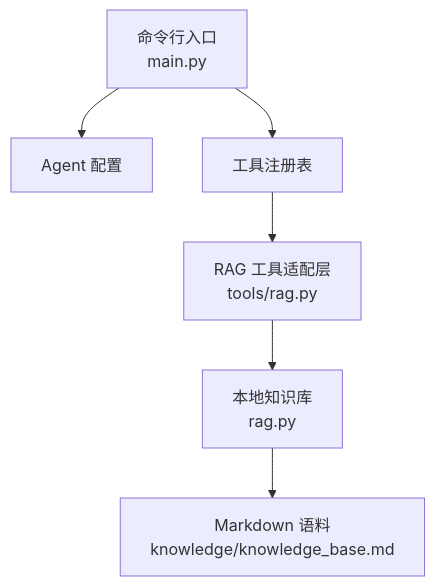
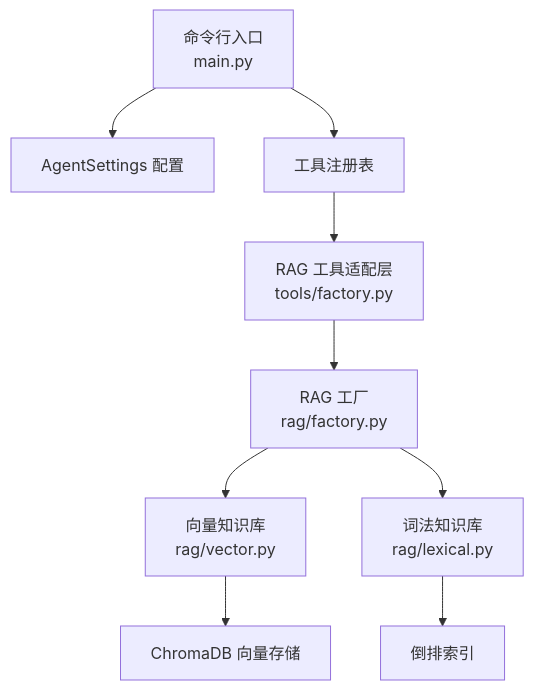
Before and after one commit to xyx1028/agentHelp: the first of 9 diagrams in .qoder/repowiki/zh/content/RAG 知识检索.md, drawn with Mermaid. The commit also changed other lines of this file and 115 other files, not shown here.

````diff
--- a/.qoder/repowiki/zh/content/RAG 知识检索.md
+++ b/.qoder/repowiki/zh/content/RAG 知识检索.md
@@ -38,8 +49,11 @@
 ```mermaid
 graph TB
-CLI["命令行入口<br/>main.py"] --> AgentSettings["Agent 配置"]
+CLI["命令行入口<br/>main.py"] --> Settings["AgentSettings 配置"]
 CLI --> ToolRegistry["工具注册表"]
-ToolRegistry --> RAGTool["RAG 工具适配层<br/>tools/rag.py"]
-RAGTool --> KnowledgeBase["本地知识库<br/>rag.py"]
-KnowledgeBase --> Markdown["Markdown 语料<br/>knowledge/knowledge_base.md"]
+ToolRegistry --> RagTool["RAG 工具适配层<br/>tools/factory.py"]
+RagTool --> Factory["RAG 工厂<br/>rag/factory.py"]
+Factory --> VectorKB["向量知识库<br/>rag/vector.py"]
+Factory --> LexicalKB["词法知识库<br/>rag/lexical.py"]
+VectorKB --> ChromaDB["ChromaDB 向量存储"]
+LexicalKB --> InvertedIndex["倒排索引"]
 ```
````
